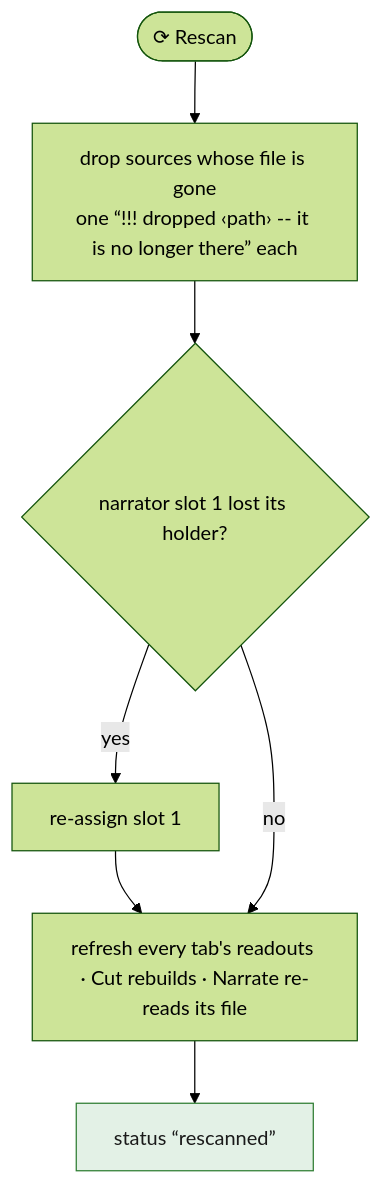
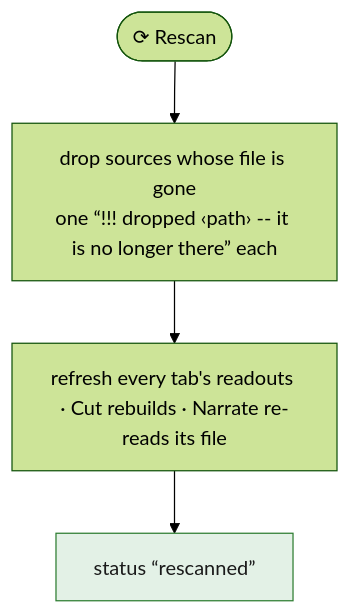
One commit to tbocek/naivepost changed the tenth of 12 diagrams in spec/03-shell.md. Above: the diagram before and after it, drawn with Mermaid (forest theme). The commit also changed other lines of this file and 537 other files, not shown here.

````diff
--- a/spec/03-shell.md
+++ b/spec/03-shell.md
@@ -260,10 +235,8 @@
 ```mermaid
 flowchart TD
   A(["⟳ Rescan"]) --> B["drop sources whose file is gone<br/>one “!!! dropped ‹path› -- it is no longer there” each"]
-  B --> C{"narrator slot 1 lost its holder?"}
-  C -- yes --> D["re-assign slot 1"] --> E
-  C -- no --> E["refresh every tab's readouts · Cut rebuilds · Narrate re-reads its file"]
+  B --> E["refresh every tab's readouts · Cut rebuilds · Narrate re-reads its file"]
   E --> F["status “rescanned”"]:::done
   classDef refuse fill:#fde2e1,stroke:#c01c28,color:#1a1a1a
   classDef done fill:#e3f1e6,stroke:#2e7d32,color:#1a1a1a
 ```
````
